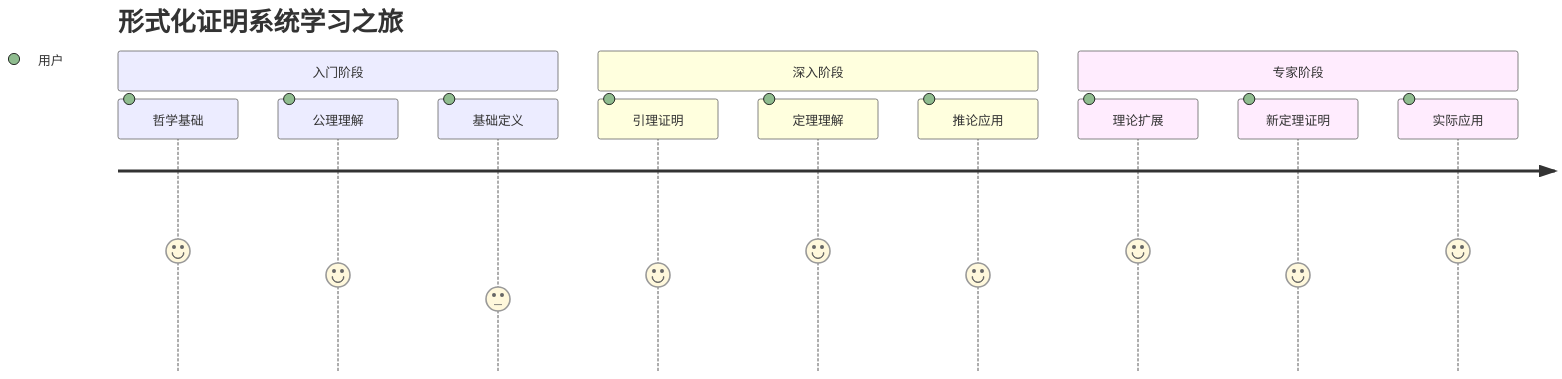
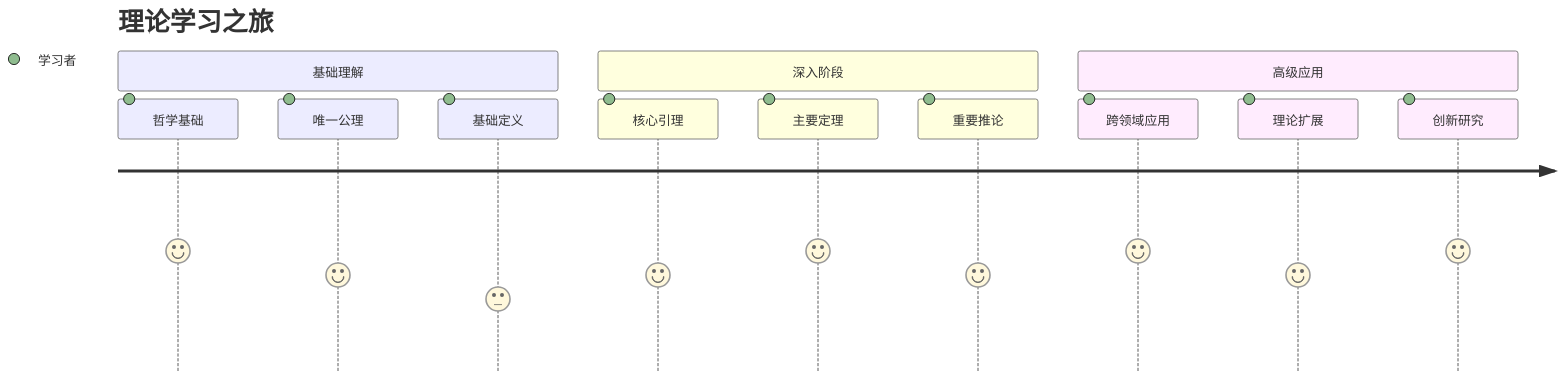
Before and after one commit to loning/the-binarymath: the second of 5 diagrams in docs/binaryuniverse/README.md, drawn with Mermaid. The commit also changed other lines of this file and 1 other file, not shown here.

````diff
--- a/docs/binaryuniverse/README.md
+++ b/docs/binaryuniverse/README.md
@@ -244,16 +206,16 @@
 ```mermaid
 journey
-    title 形式化证明系统学习之旅
-    section 入门阶段
-      哲学基础: 5: 用户
-      公理理解: 4: 用户
-      基础定义: 3: 用户
+    title 理论学习之旅
+    section 基础理解
+      哲学基础: 5: 学习者
+      唯一公理: 4: 学习者
+      基础定义: 3: 学习者
     section 深入阶段
-      引理证明: 4: 用户
-      定理理解: 5: 用户
-      推论应用: 4: 用户
-    section 专家阶段
-      理论扩展: 5: 用户
-      新定理证明: 4: 用户
-      实际应用: 5: 用户
+      核心引理: 4: 学习者
+      主要定理: 5: 学习者
+      重要推论: 4: 学习者
+    section 高级应用
+      跨领域应用: 5: 学习者
+      理论扩展: 4: 学习者
+      创新研究: 5: 学习者
 ```
````
